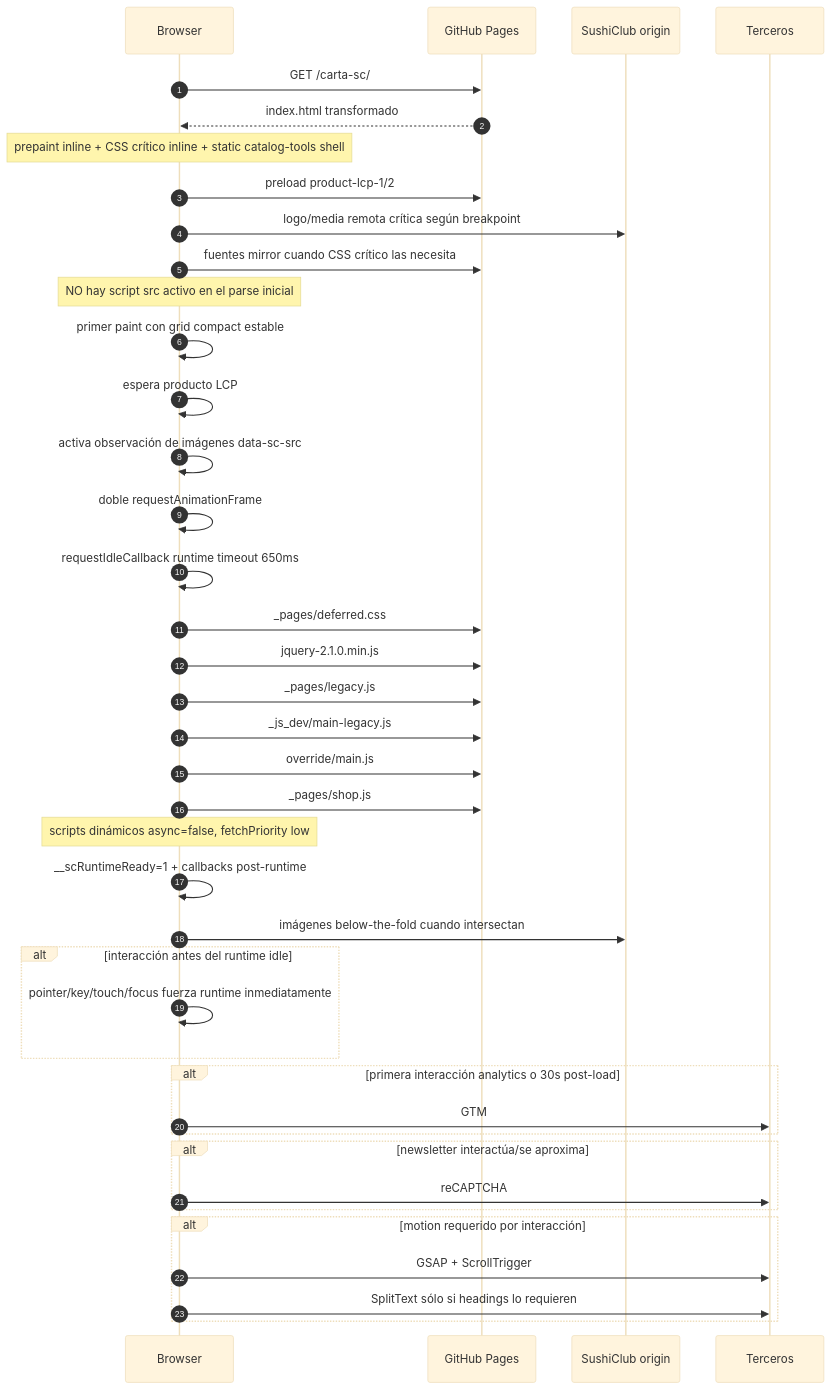
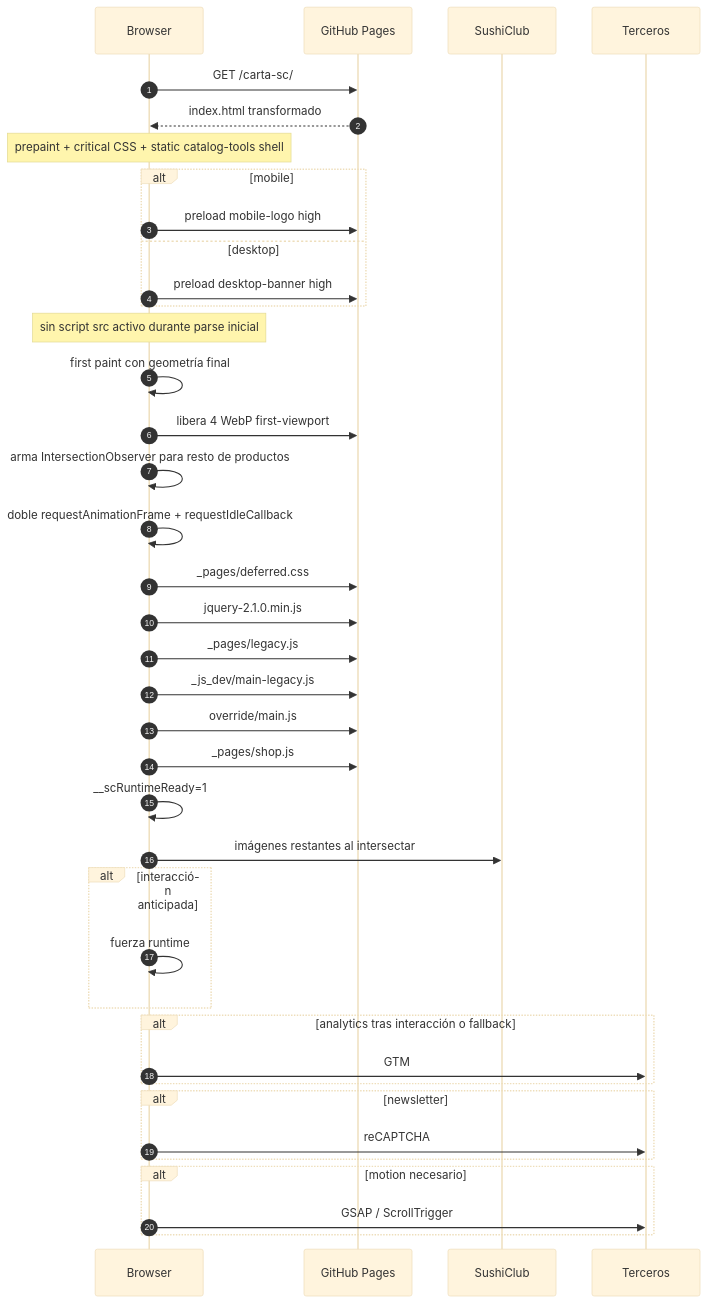
One commit to krestosa/carta-sc changed the third of 3 diagrams in DOCUMENTACION_TECNICA_COMPLETA.md. Above: the diagram before and after it, drawn with Mermaid (base theme). The commit also changed other lines of this file, not shown here.

Commit message:
Sync technical documentation with current Pages architecture

````diff
--- a/DOCUMENTACION_TECNICA_COMPLETA.md
+++ b/DOCUMENTACION_TECNICA_COMPLETA.md
@@ -1185,43 +522,42 @@
 ```mermaid
 sequenceDiagram
     autonumber
     participant B as Browser
     participant P as GitHub Pages
-    participant S as SushiClub origin
+    participant S as SushiClub
     participant T as Terceros
 
     B->>P: GET /carta-sc/
     P-->>B: index.html transformado
-    Note over B: prepaint inline + CSS crítico inline + static catalog-tools shell
-    B->>P: preload product-lcp-1/2
-    B->>S: logo/media remota crítica según breakpoint
-    B->>P: fuentes mirror cuando CSS crítico las necesita
-    Note over B: NO hay script src activo en el parse inicial
-    B->>B: primer paint con grid compact estable
-    B->>B: espera producto LCP #1 o timeout de seguridad
-    B->>B: activa observación de imágenes data-sc-src
-    B->>B: doble requestAnimationFrame
-    B->>B: requestIdleCallback runtime timeout 650ms
+    Note over B: prepaint + critical CSS + static catalog-tools shell
+    alt mobile
+        B->>P: preload mobile-logo high
+    else desktop
+        B->>P: preload desktop-banner high
+    end
+    Note over B: sin script src activo durante parse inicial
+    B->>B: first paint con geometría final
+    B->>P: libera 4 WebP first-viewport
+    B->>B: arma IntersectionObserver para resto de productos
+    B->>B: doble requestAnimationFrame + requestIdleCallback
     B->>P: _pages/deferred.css
     B->>P: jquery-2.1.0.min.js
     B->>P: _pages/legacy.js
     B->>P: _js_dev/main-legacy.js
     B->>P: override/main.js
     B->>P: _pages/shop.js
-    Note over B: scripts dinámicos async=false, fetchPriority low
-    B->>B: __scRuntimeReady=1 + callbacks post-runtime
-    B->>S: imágenes below-the-fold cuando intersectan
-    alt interacción antes del runtime idle
-        B->>B: pointer/key/touch/focus fuerza runtime inmediatamente
+    B->>B: __scRuntimeReady=1
+    B->>S: imágenes restantes al intersectar
+    alt interacción anticipada
+        B->>B: fuerza runtime
     end
-    alt primera interacción analytics o 30s post-load
+    alt analytics tras interacción o fallback
         B->>T: GTM
     end
-    alt newsletter interactúa/se aproxima
+    alt newsletter
         B->>T: reCAPTCHA
     end
-    alt motion requerido por interacción
-        B->>T: GSAP + ScrollTrigger
-        B->>T: SplitText sólo si headings lo requieren
+    alt motion necesario
+        B->>T: GSAP / ScrollTrigger
     end
 ```
````
